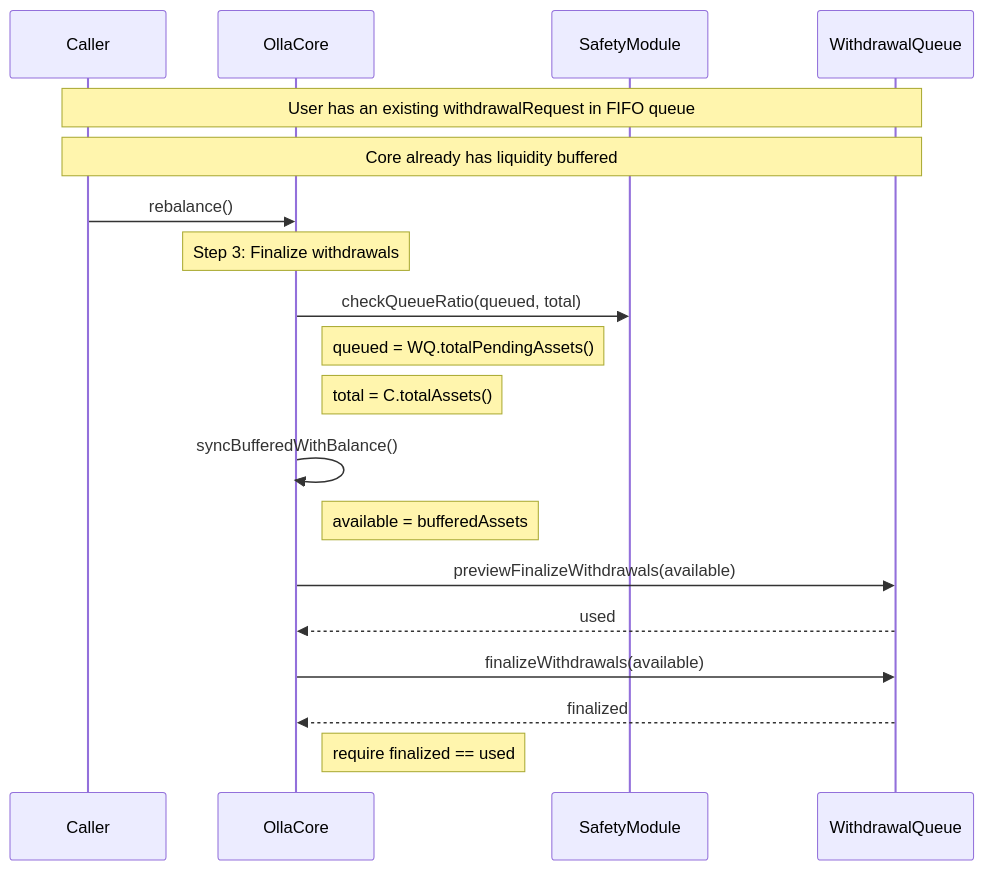
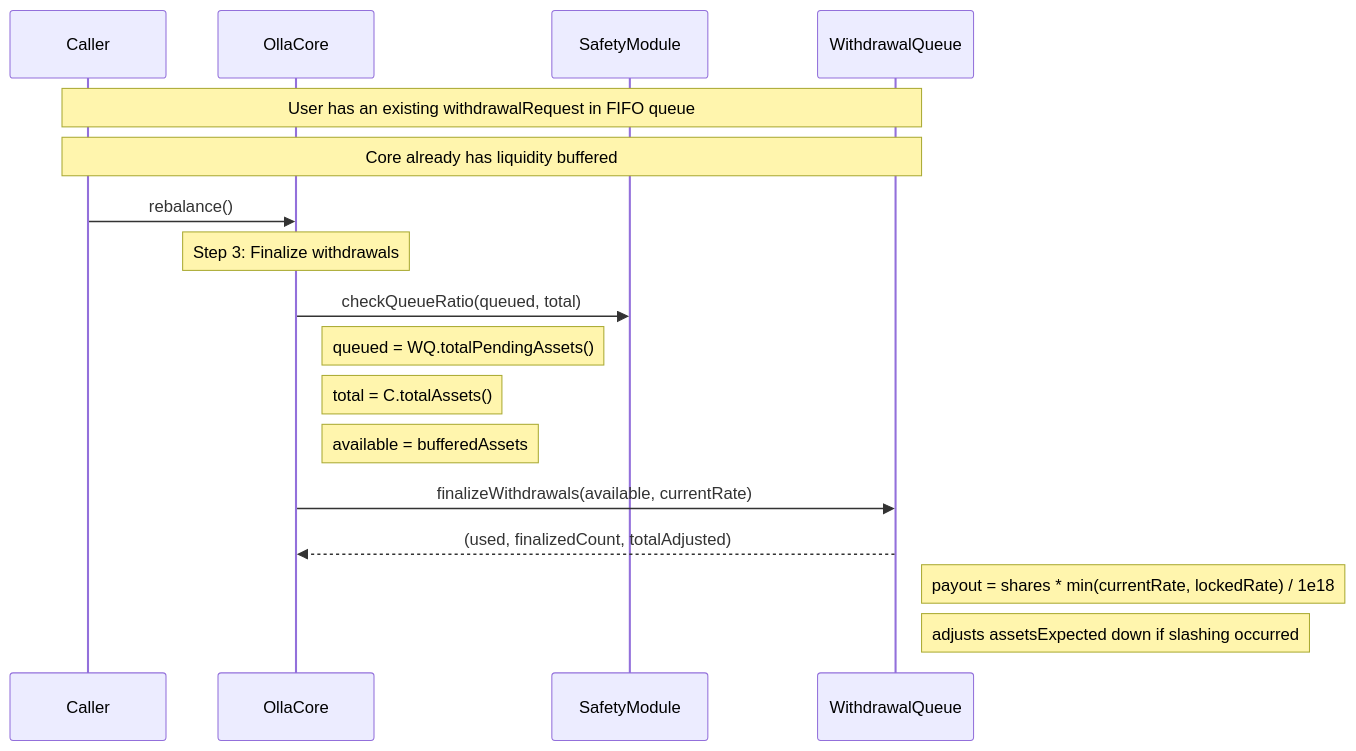
Before and after one commit to ollafinance/core: the fourth of 9 diagrams in docs/operator-actions.md, drawn with Mermaid. The commit also changed other lines of this file and 20 other files, not shown here.

First line of the commit message:
fix: adjust withdrawal queue assetsExpected after slashing via min(currentRate, lockedRate) (#310)

````diff
--- a/docs/operator-actions.md
+++ b/docs/operator-actions.md
@@ -75,23 +75,21 @@
 ```mermaid
 sequenceDiagram
     participant A as Caller
     participant C as OllaCore
     participant SAF as SafetyModule
     participant WQ as WithdrawalQueue
 
     Note over A,WQ: User has an existing withdrawalRequest in FIFO queue
     Note over A,WQ: Core already has liquidity buffered
 
     A->>C: rebalance()
     Note over C: Step 3: Finalize withdrawals
     C->>SAF: checkQueueRatio(queued, total)
     Note right of C: queued = WQ.totalPendingAssets()
     Note right of C: total = C.totalAssets()
-    C->>C: syncBufferedWithBalance()
     Note right of C: available = bufferedAssets
-    C->>WQ: previewFinalizeWithdrawals(available)
-    WQ-->>C: used
-    C->>WQ: finalizeWithdrawals(available)
-    WQ-->>C: finalized
-    Note right of C: require finalized == used
+    C->>WQ: finalizeWithdrawals(available, currentRate)
+    WQ-->>C: (used, finalizedCount, totalAdjusted)
+    Note right of WQ: payout = shares * min(currentRate, lockedRate) / 1e18
+    Note right of WQ: adjusts assetsExpected down if slashing occurred
 ```
````
